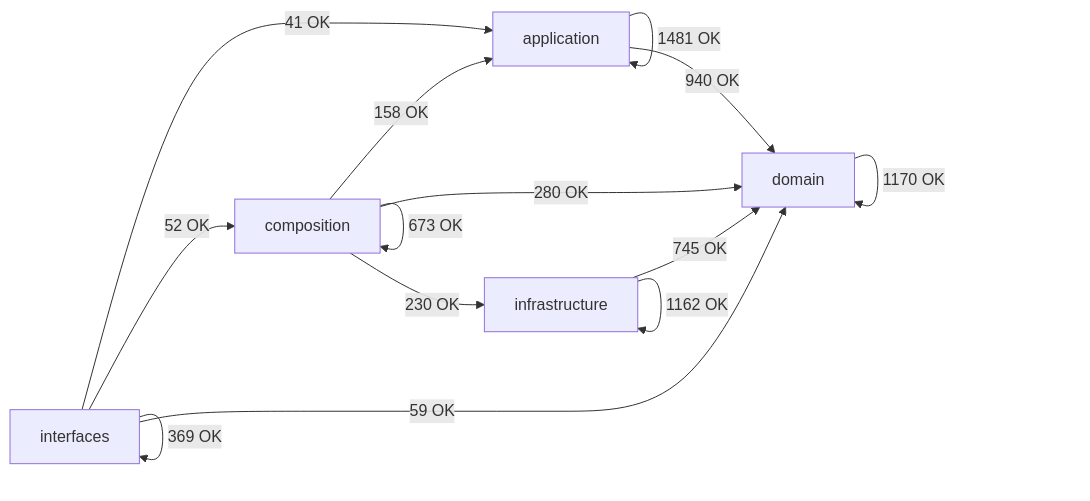
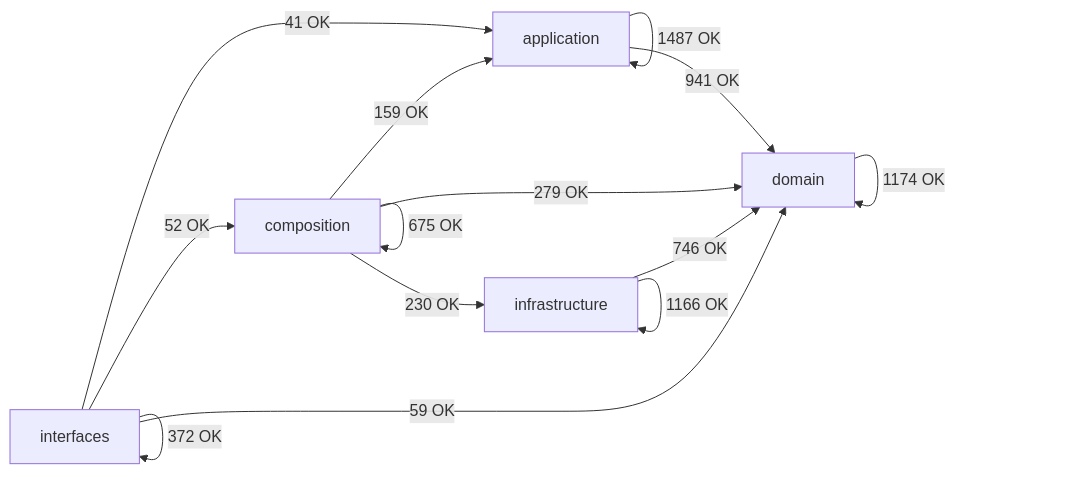
Before and after one commit to SatoryKono/BioactivityDataAcquisition: the diagram in docs/02-architecture/generated/module-dependency-map.md, drawn with Mermaid. The commit also changed other lines of this file and 27 other files, not shown here.

````diff
--- a/docs/02-architecture/generated/module-dependency-map.md
+++ b/docs/02-architecture/generated/module-dependency-map.md
@@ -17,21 +17,21 @@
 ```mermaid
 flowchart LR
     domain[domain]
     application[application]
     infrastructure[infrastructure]
     composition[composition]
     interfaces[interfaces]
-    application -->|1481 OK| application
-    application -->|940 OK| domain
-    composition -->|158 OK| application
-    composition -->|673 OK| composition
-    composition -->|280 OK| domain
+    application -->|1487 OK| application
+    application -->|941 OK| domain
+    composition -->|159 OK| application
+    composition -->|675 OK| composition
+    composition -->|279 OK| domain
     composition -->|230 OK| infrastructure
-    domain -->|1170 OK| domain
-    infrastructure -->|745 OK| domain
-    infrastructure -->|1162 OK| infrastructure
+    domain -->|1174 OK| domain
+    infrastructure -->|746 OK| domain
+    infrastructure -->|1166 OK| infrastructure
     interfaces -->|41 OK| application
     interfaces -->|52 OK| composition
     interfaces -->|59 OK| domain
-    interfaces -->|369 OK| interfaces
+    interfaces -->|372 OK| interfaces
 ```
````
